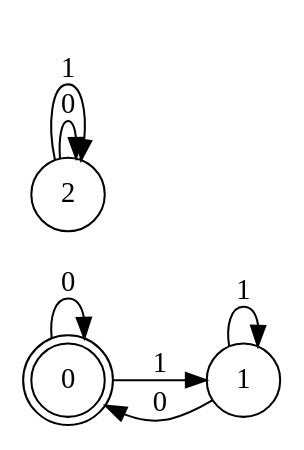
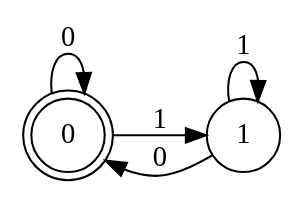
One commit to desmetr/SchemeInterpreter changed the diagram in Scheme_Interpreter/src/eersteminimized.dot. Above: the diagram before and after it, drawn with Graphviz. The commit also changed 3 other files, not shown here.

```diff
--- a/Scheme_Interpreter/src/eersteminimized.dot
+++ b/Scheme_Interpreter/src/eersteminimized.dot
@@ -1,11 +1,8 @@
 digraph DFA {
 	rankdir=LR;	0 [shape=doublecircle];
 	0 -> 0 [label="0"];
 	0 -> 1 [label="1"];
 	1 [shape=circle];
 	1 -> 0 [label="0"];
 	1 -> 1 [label="1"];
-	2 [shape=circle];
-	2 -> 2 [label="0"];
-	2 -> 2 [label="1"];
 }
```
